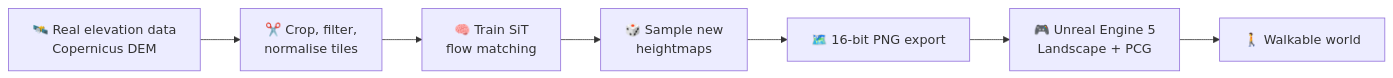
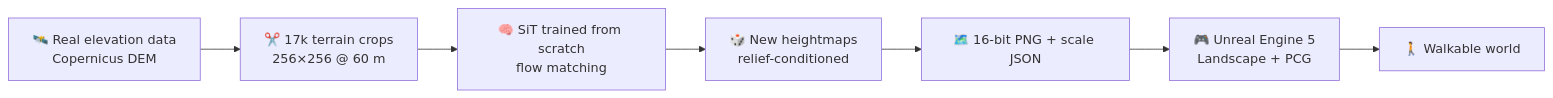
One commit to mpuneet063/GameDiT changed the diagram in README.md. Above: the diagram before and after it, drawn with Mermaid. The commit also changed other lines of this file, not shown here.

````diff
--- a/README.md
+++ b/README.md
@@ -11,9 +22,9 @@
 ```mermaid
 flowchart LR
-    A[🛰️ Real elevation data<br/>Copernicus DEM] --> B[✂️ Crop, filter,<br/>normalise tiles]
-    B --> C[🧠 Train SiT<br/>flow matching]
-    C --> D[🎲 Sample new<br/>heightmaps]
-    D --> E[🗺️ 16-bit PNG export]
+    A[🛰️ Real elevation data<br/>Copernicus DEM] --> B[✂️ 17k terrain crops<br/>256×256 @ 60 m]
+    B --> C[🧠 SiT trained from scratch<br/>flow matching]
+    C --> D[🎲 New heightmaps<br/>relief-conditioned]
+    D --> E[🗺️ 16-bit PNG + scale JSON]
     E --> F[🎮 Unreal Engine 5<br/>Landscape + PCG]
     F --> G[🚶 Walkable world]
 ```
````
